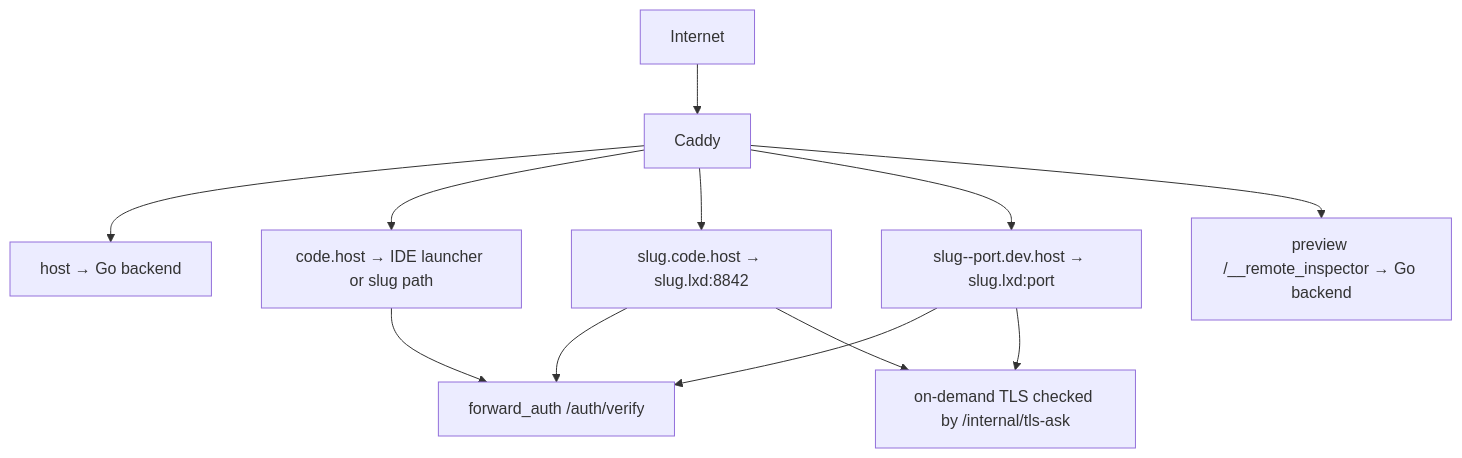
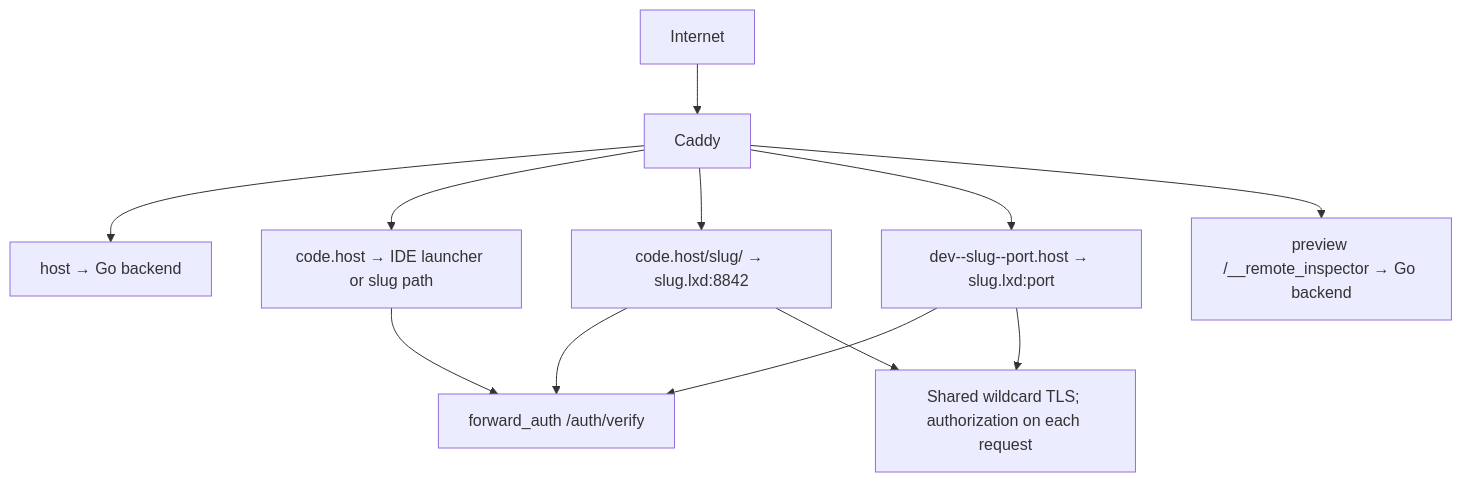
Before and after one commit to AbdallahMohamedDotnet/remote.futrx: the third of 6 diagrams in docs/04-operations/09-deployment-and-operations.md, drawn with Mermaid. The commit also changed other lines of this file and 49 other files, not shown here.

````diff
--- a/docs/04-operations/09-deployment-and-operations.md
+++ b/docs/04-operations/09-deployment-and-operations.md
@@ -108,15 +108,15 @@
 ```mermaid
 flowchart TD
     Internet["Internet"] --> Caddy
     Caddy --> Main["host → Go backend"]
     Caddy --> Launcher["code.host → IDE launcher or slug path"]
-    Caddy --> ProjectIDE["slug.code.host → slug.lxd:8842"]
-    Caddy --> Preview["slug--port.dev.host → slug.lxd:port"]
+    Caddy --> ProjectIDE["code.host/slug/ → slug.lxd:8842"]
+    Caddy --> Preview["dev--slug--port.host → slug.lxd:port"]
     Caddy --> Inspector["preview /__remote_inspector → Go backend"]
 
     ProjectIDE --> Auth["forward_auth /auth/verify"]
     Preview --> Auth
     Launcher --> Auth
-    ProjectIDE --> TLS["on-demand TLS checked by /internal/tls-ask"]
+    ProjectIDE --> TLS["Shared wildcard TLS; authorization on each request"]
     Preview --> TLS
 ```
````
